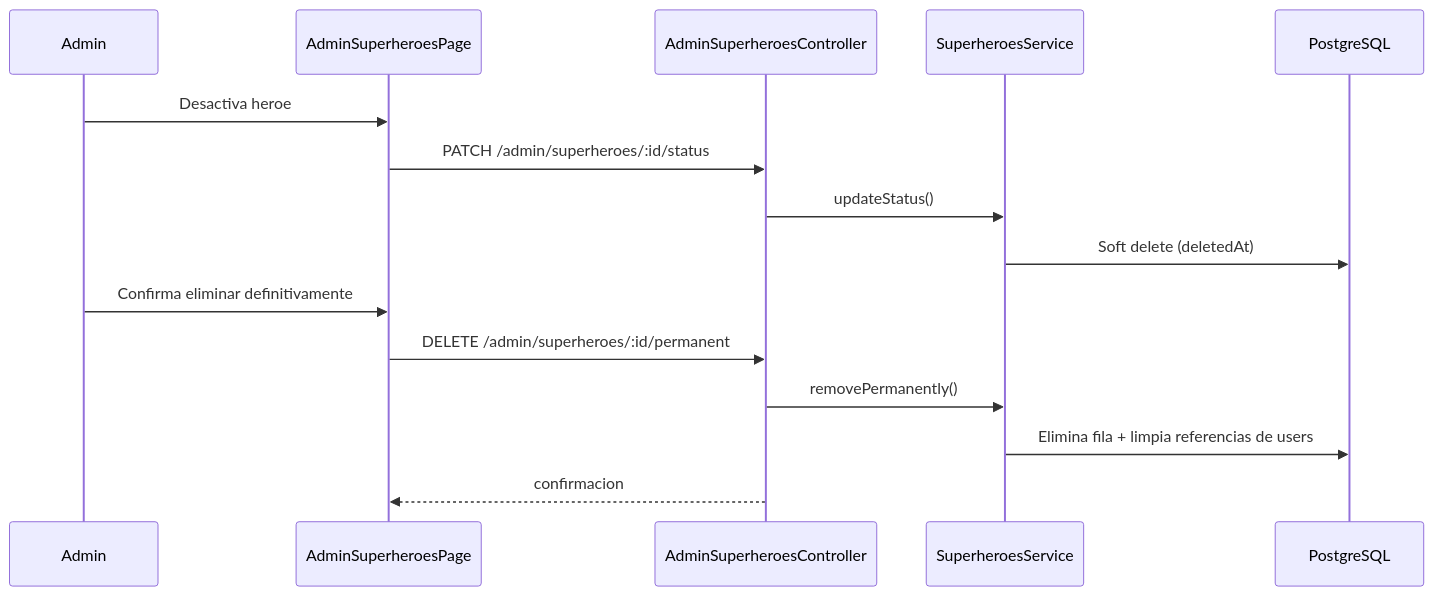
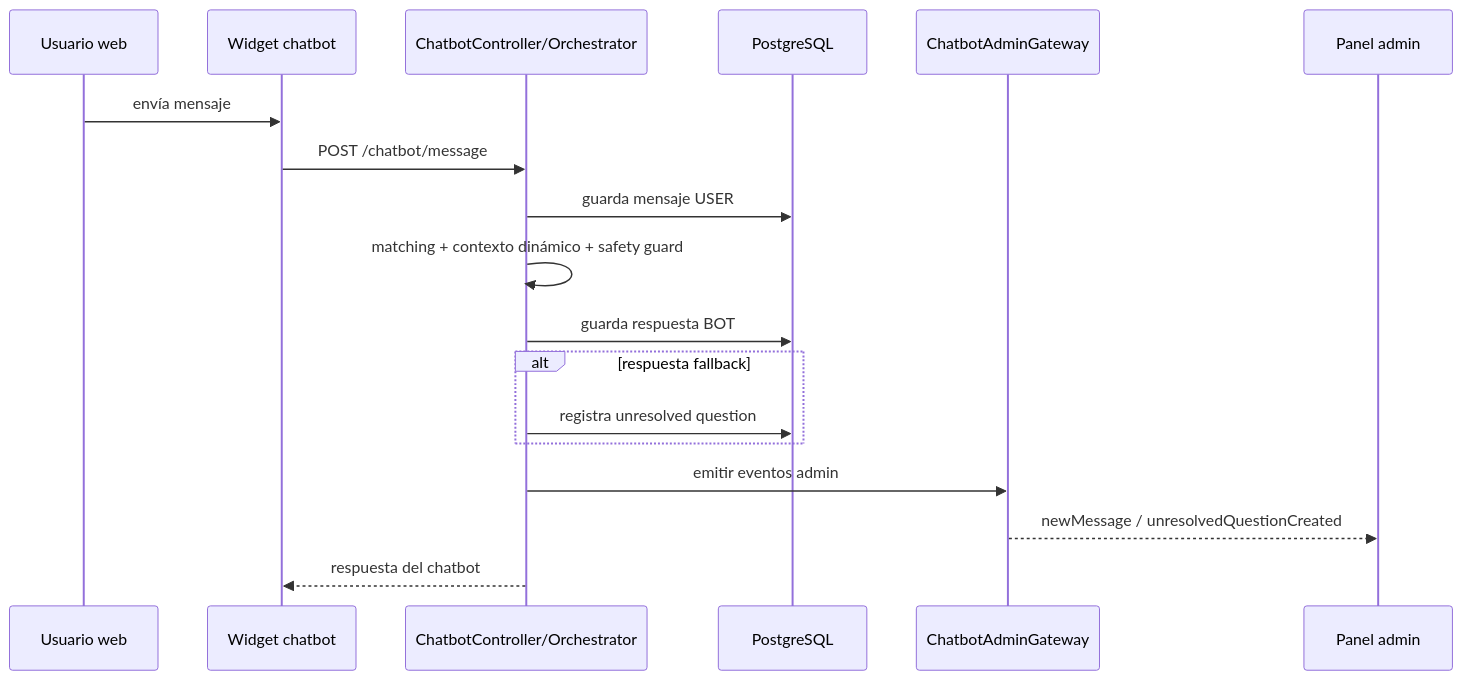
One commit to RoockDev/proyecto-proclade changed the fourth of 4 diagrams in docs/02-architecture/02.4-runtime-flows.md. Above: the diagram before and after it, drawn with Mermaid. The commit also changed other lines of this file and 42 other files, not shown here.

````diff
--- a/docs/02-architecture/02.4-runtime-flows.md
+++ b/docs/02-architecture/02.4-runtime-flows.md
@@ -81,19 +63,21 @@
 ```mermaid
 sequenceDiagram
-  participant A as Admin
-  participant FE as AdminSuperheroesPage
-  participant API as AdminSuperheroesController
-  participant SVC as SuperheroesService
+  participant U as Usuario web
+  participant FE as Widget chatbot
+  participant API as ChatbotController/Orchestrator
   participant DB as PostgreSQL
+  participant WS as ChatbotAdminGateway
+  participant Admin as Panel admin
 
-  A->>FE: Desactiva heroe
-  FE->>API: PATCH /admin/superheroes/:id/status
-  API->>SVC: updateStatus()
-  SVC->>DB: Soft delete (deletedAt)
-
-  A->>FE: Confirma eliminar definitivamente
-  FE->>API: DELETE /admin/superheroes/:id/permanent
-  API->>SVC: removePermanently()
-  SVC->>DB: Elimina fila + limpia referencias de users
-  API-->>FE: confirmacion
+  U->>FE: envía mensaje
+  FE->>API: POST /chatbot/message
+  API->>DB: guarda mensaje USER
+  API->>API: matching + contexto dinámico + safety guard
+  API->>DB: guarda respuesta BOT
+  alt respuesta fallback
+    API->>DB: registra unresolved question
+  end
+  API->>WS: emitir eventos admin
+  WS-->>Admin: newMessage / unresolvedQuestionCreated
+  API-->>FE: respuesta del chatbot
 ```
````
